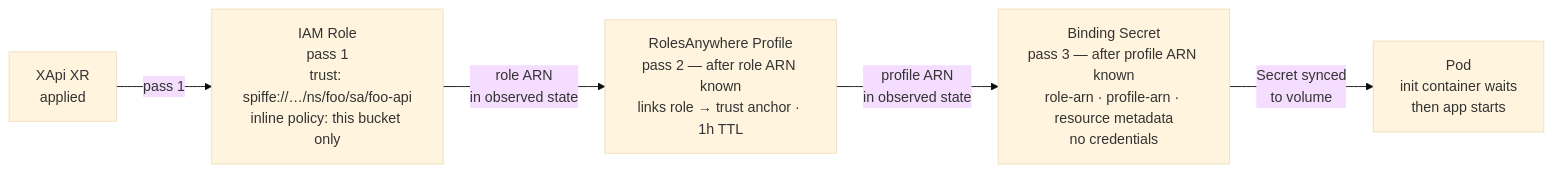
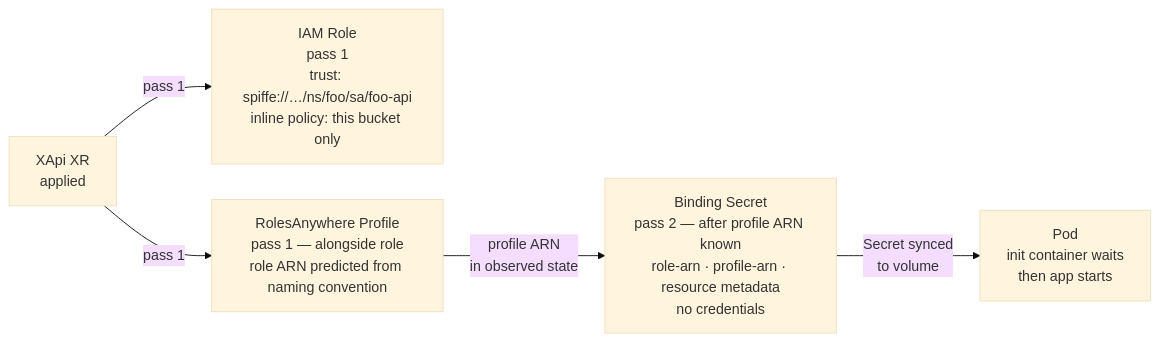
One commit to cujarrett/homelab changed the first of 2 diagrams in docs/workload-identity.md. Above: the diagram before and after it, drawn with Mermaid (base theme). The commit also changed other lines of this file, not shown here.

First line of the commit message:
docs: update workload-identity.md to reflect two-pass provisioning chain

````diff
--- a/docs/workload-identity.md
+++ b/docs/workload-identity.md
@@ -44,14 +44,14 @@
 ```mermaid
 %%{init: {'flowchart': {'nodeSpacing': 40, 'rankSpacing': 60}}}%%
 flowchart LR
     xr["XApi XR\napplied"]
     role["IAM Role\npass 1\ntrust: spiffe://…/ns/foo/sa/foo-api\ninline policy: this bucket only"]
-    profile["RolesAnywhere Profile\npass 2 — after role ARN known\nlinks role → trust anchor · 1h TTL"]
-    secret["Binding Secret\npass 3 — after profile ARN known\nrole-arn · profile-arn · resource metadata\nno credentials"]
+    profile["RolesAnywhere Profile\npass 1 — alongside role\nrole ARN predicted from naming convention"]
+    secret["Binding Secret\npass 2 — after profile ARN known\nrole-arn · profile-arn · resource metadata\nno credentials"]
     pod["Pod\ninit container waits\nthen app starts"]
 
     xr -->|"pass 1"| role
-    role -->|"role ARN\nin observed state"| profile
+    xr -->|"pass 1"| profile
     profile -->|"profile ARN\nin observed state"| secret
     secret -->|"Secret synced\nto volume"| pod
 ```
````
